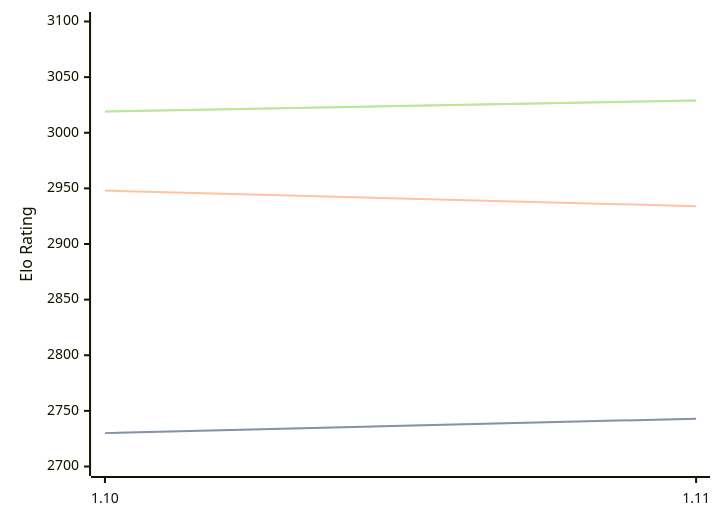
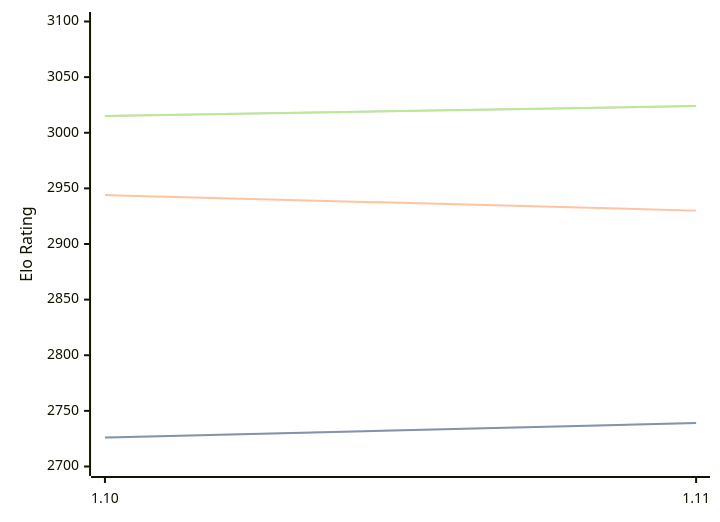
One commit to computer-chess-index/cci changed the first of 3 diagrams in engines/Roc.md. Above: the diagram before and after it, drawn with Mermaid. The commit also changed other lines of this file, not shown here.

Commit message:
Update CCI Ratings (ELO VLTC) - 2026-07-16

````diff
--- a/engines/Roc.md
+++ b/engines/Roc.md
@@ -65,11 +65,11 @@
 ```mermaid
 %%{init: {"theme":"base","themeVariables":{"seriesColors:['#a3a3a3','#222221','#faa371']}}}%%
 xychart-beta
   x-axis ["1.10", "1.11"]
   y-axis "Elo Rating" 2700 --> 3100
-  line "STC (8.0+0.08s)" [2730, 2743]
-  line "STC (8.0+0.08s)" [2730, 2743]
-  line "LTC (60.0+0.60s)" [2948, 2934]
-  line "VLTC (2m24s+1.12s)" [3019, 3029]
-  line "VLTC (2m24s+1.12s)" [3019, 3029]
+  line "STC (8.0+0.08s)" [2726, 2739]
+  line "STC (8.0+0.08s)" [2726, 2739]
+  line "LTC (60.0+0.60s)" [2944, 2930]
+  line "VLTC (2m24s+1.12s)" [3015, 3024]
+  line "VLTC (2m24s+1.12s)" [3015, 3024]
 ```
````
